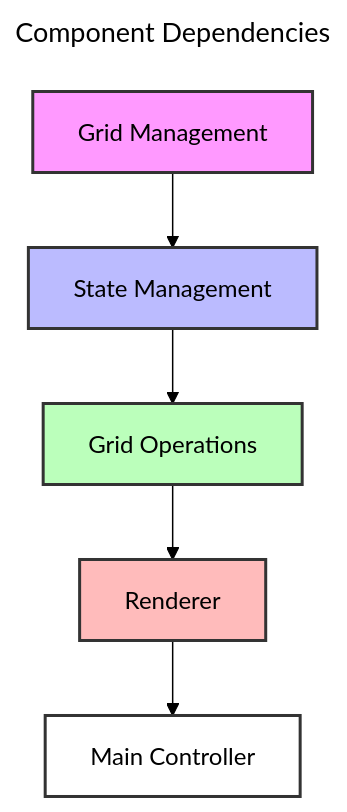
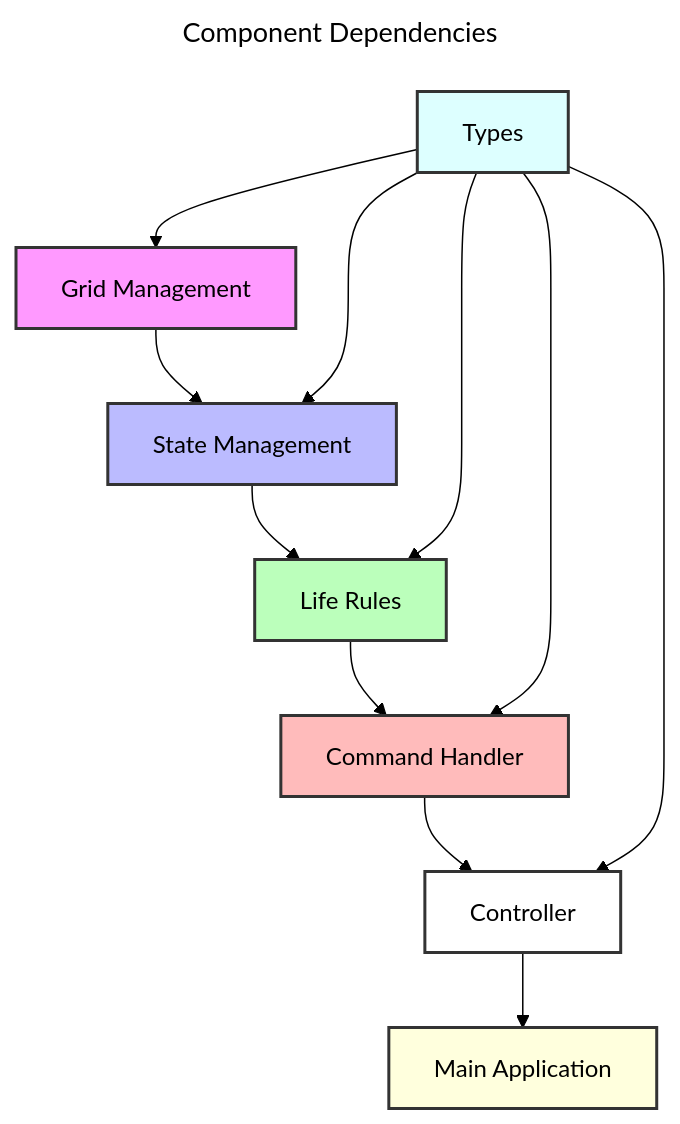
Before and after one commit to dewe/py-gol: the diagram in specs/implementation_plan.md, drawn with Mermaid (forest theme). The commit also changed other lines of this file and 7 other files, not shown here.

````diff
--- a/specs/implementation_plan.md
+++ b/specs/implementation_plan.md
@@ -14,16 +13,24 @@
 ```mermaid
 ---
 title: Component Dependencies
 ---
 graph TD
     A[Grid Management] --> B[State Management]
-    B --> C[Grid Operations]
-    C --> D[Renderer]
-    D --> E[Main Controller]
+    B --> C[Life Rules]
+    C --> D[Command Handler]
+    D --> E[Controller]
+    E --> F[Main Application]
+    G[Types] --> A
+    G --> B
+    G --> C
+    G --> D
+    G --> E
     
     style A fill:#f9f,stroke:#333,stroke-width:2px
     style B fill:#bbf,stroke:#333,stroke-width:2px
     style C fill:#bfb,stroke:#333,stroke-width:2px
     style D fill:#fbb,stroke:#333,stroke-width:2px
     style E fill:#fff,stroke:#333,stroke-width:2px
+    style F fill:#ffd,stroke:#333,stroke-width:2px
+    style G fill:#dff,stroke:#333,stroke-width:2px
 ```
````
